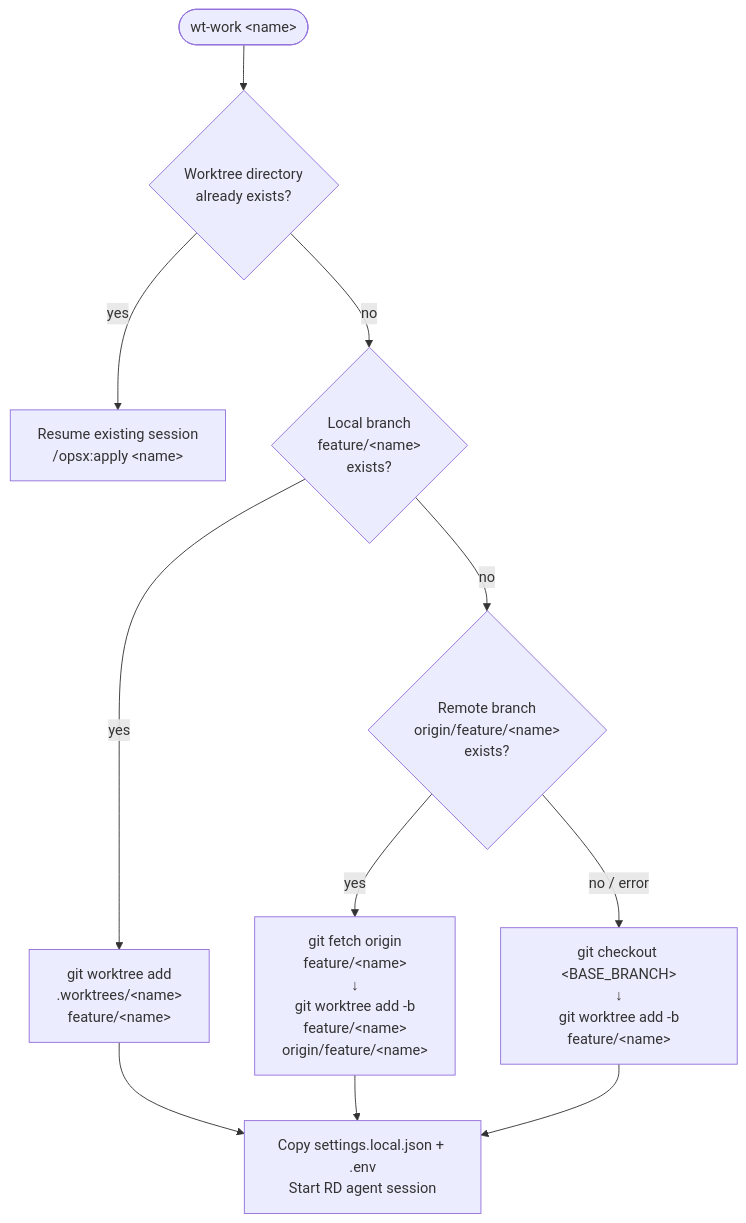
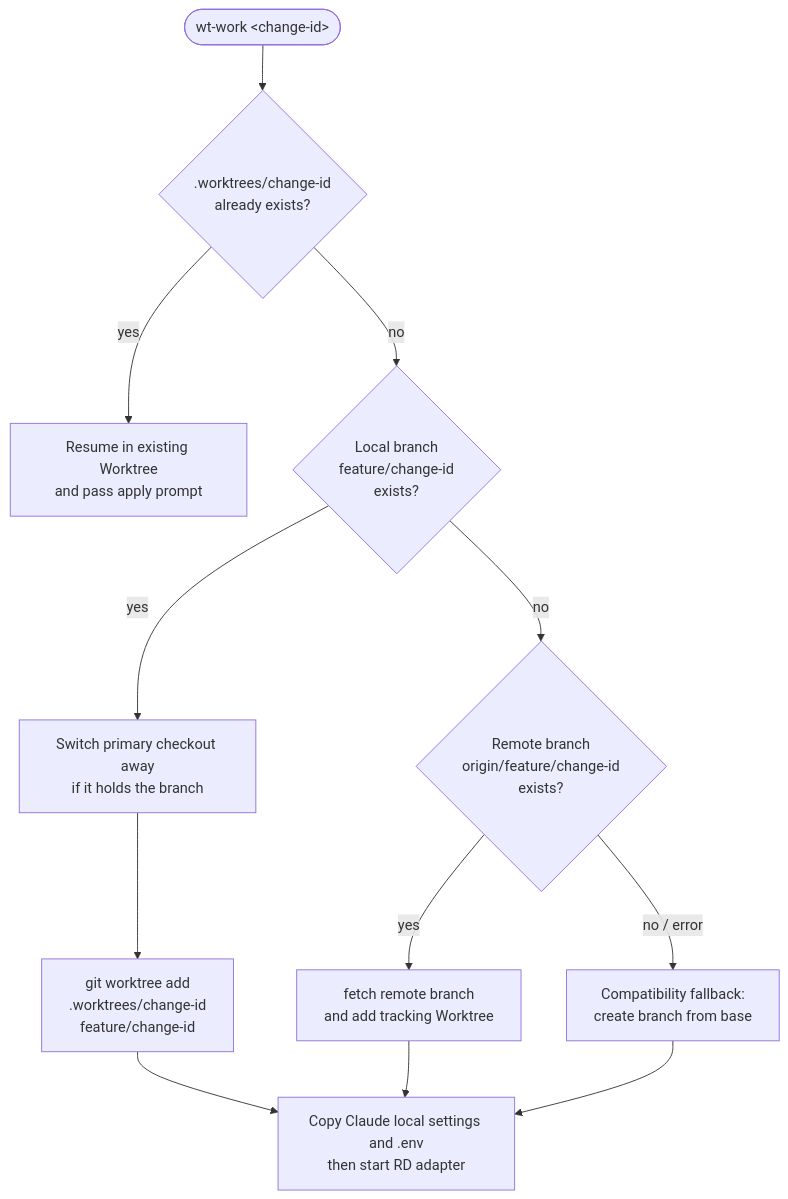
One commit to wkchen5872/wk-agent-ops changed the second of 2 diagrams in docs/workflow/wt-work-flow.md. Above: the diagram before and after it, drawn with Mermaid. The commit also changed other lines of this file and 4 other files, not shown here.

````diff
--- a/docs/workflow/wt-work-flow.md
+++ b/docs/workflow/wt-work-flow.md
@@ -7,13 +59,14 @@
 ```mermaid
 flowchart TD
-    A([wt-work &lt;name&gt;]) --> B{Worktree directory\nalready exists?}
-    B -- yes --> C[Resume existing session\n/opsx:apply &lt;name&gt;]
-    B -- no --> D{Local branch\nfeature/&lt;name&gt;\nexists?}
-    D -- yes --> E[git worktree add\n.worktrees/&lt;name&gt;\nfeature/&lt;name&gt;]
-    D -- no --> F{Remote branch\norigin/feature/&lt;name&gt;\nexists?}
-    F -- yes --> G[git fetch origin\nfeature/&lt;name&gt;\n↓\ngit worktree add -b\nfeature/&lt;name&gt;\norigin/feature/&lt;name&gt;]
-    F -- no / error --> H[git checkout &lt;BASE_BRANCH&gt;\n↓\ngit worktree add -b\nfeature/&lt;name&gt;]
-    E --> I[Copy settings.local.json + .env\nStart RD agent session]
-    G --> I
-    H --> I
+    A([wt-work &lt;change-id&gt;]) --> B{.worktrees/change-id<br/>already exists?}
+    B -- yes --> C[Resume in existing Worktree<br/>and pass apply prompt]
+    B -- no --> D{Local branch<br/>feature/change-id<br/>exists?}
+    D -- yes --> E[Switch primary checkout away<br/>if it holds the branch]
+    E --> F[git worktree add<br/>.worktrees/change-id<br/>feature/change-id]
+    D -- no --> G{Remote branch<br/>origin/feature/change-id<br/>exists?}
+    G -- yes --> H[fetch remote branch<br/>and add tracking Worktree]
+    G -- no / error --> I[Compatibility fallback:<br/>create branch from base]
+    F --> J[Copy Claude local settings and .env<br/>then start RD adapter]
+    H --> J
+    I --> J
 ```
````
